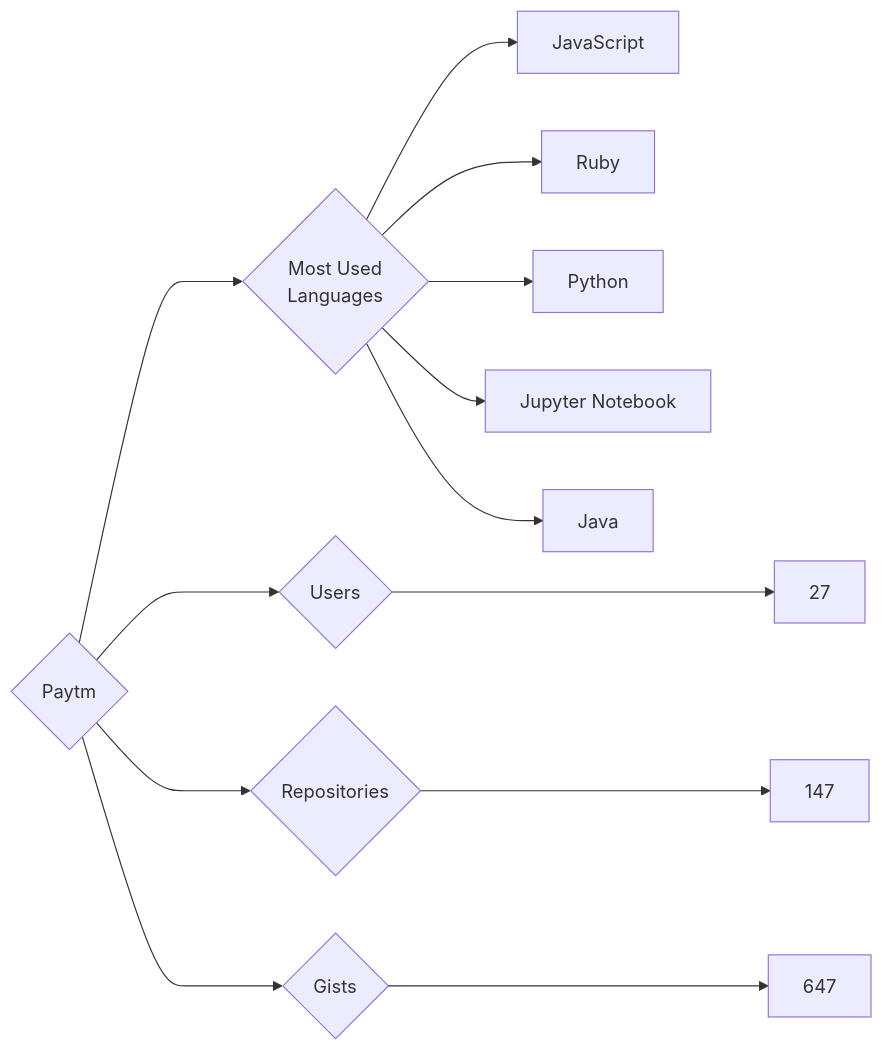
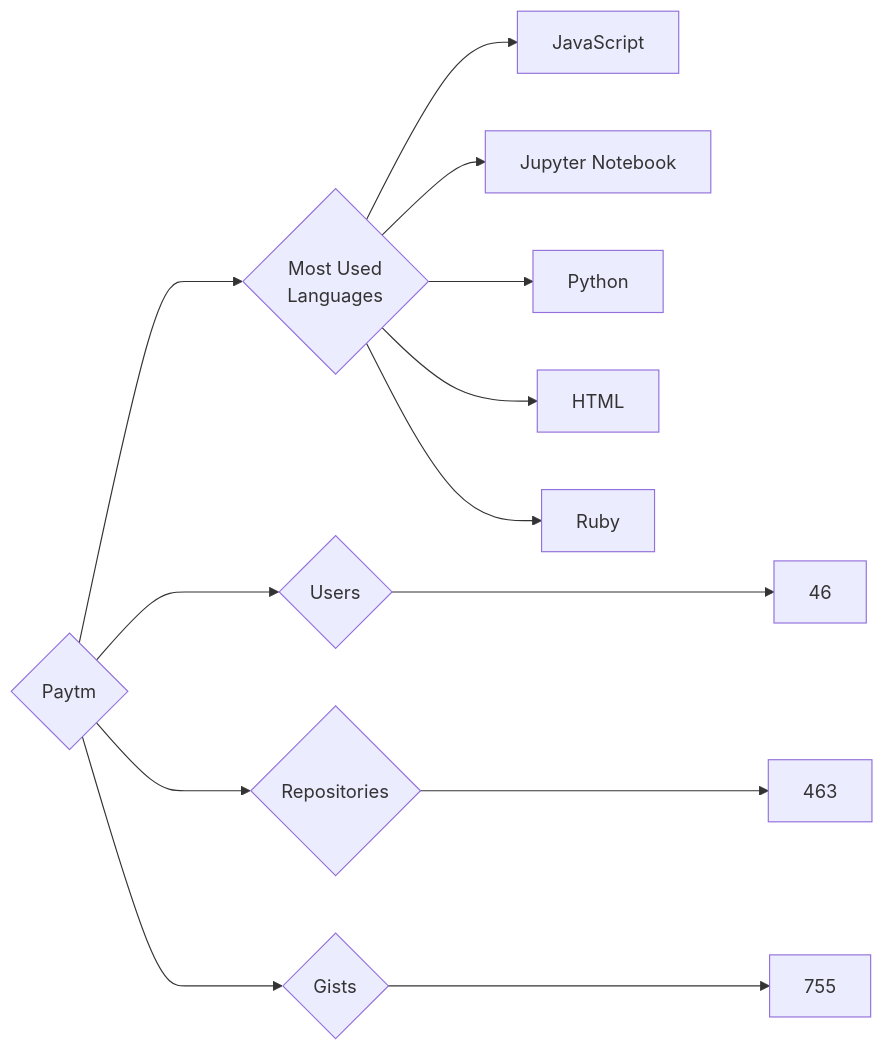
One commit to trickest/insiders changed the diagram in targets/Paytm/README.md. Above: the diagram before and after it, drawn with Mermaid. The commit also changed 965 other files, not shown here.

````diff
--- a/targets/Paytm/README.md
+++ b/targets/Paytm/README.md
@@ -3,13 +3,13 @@
 ```mermaid
 graph LR
 COMPANY_NAME{Paytm}
-COMPANY_NAME ---> U{Users} ---> UN[27]
-COMPANY_NAME ---> R{Repositories} ---> RN[147]
-COMPANY_NAME ---> G{Gists} ---> GN[647]
+COMPANY_NAME ---> U{Users} ---> UN[46]
+COMPANY_NAME ---> R{Repositories} ---> RN[463]
+COMPANY_NAME ---> G{Gists} ---> GN[755]
 COMPANY_NAME ---> ML{Most Used<br>Languages}
 ML --> JavaScript[JavaScript]
+ML --> Jupyter_Notebook[Jupyter Notebook]
+ML --> Python[Python]
+ML --> HTML[HTML]
 ML --> Ruby[Ruby]
-ML --> Python[Python]
-ML --> Jupyter_Notebook[Jupyter Notebook]
-ML --> Java[Java]
 ```
````
